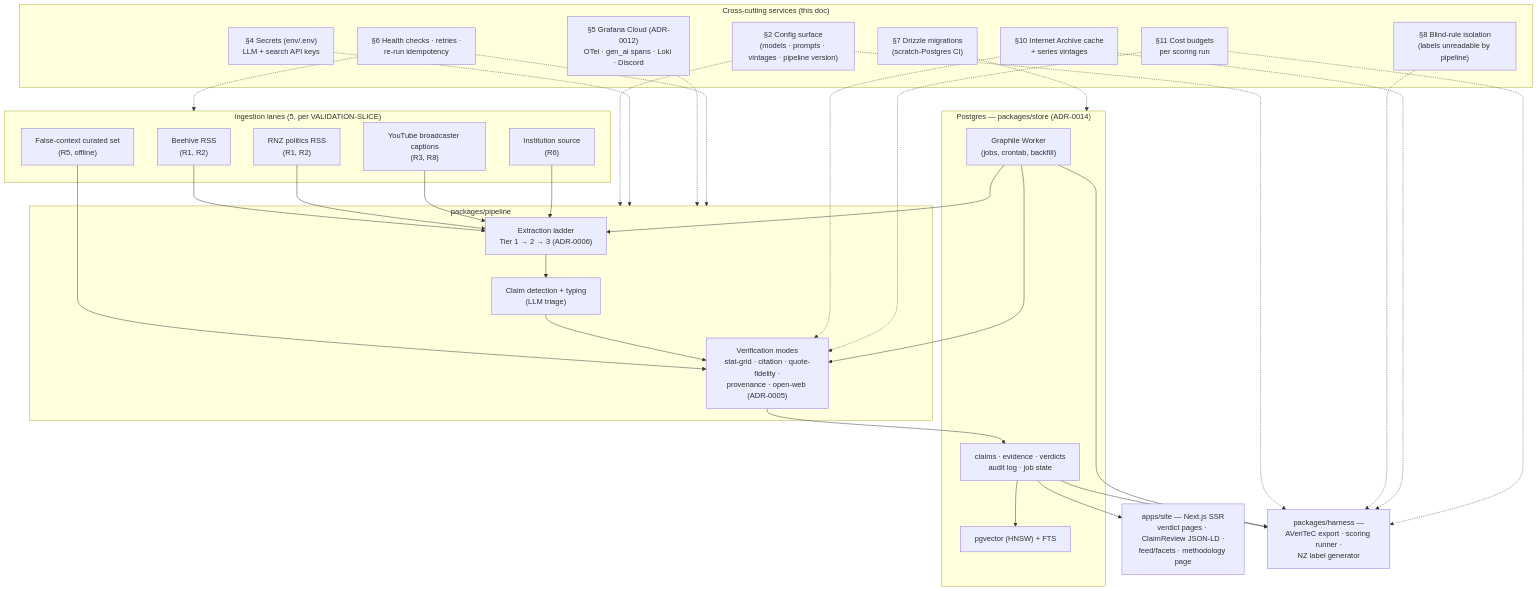
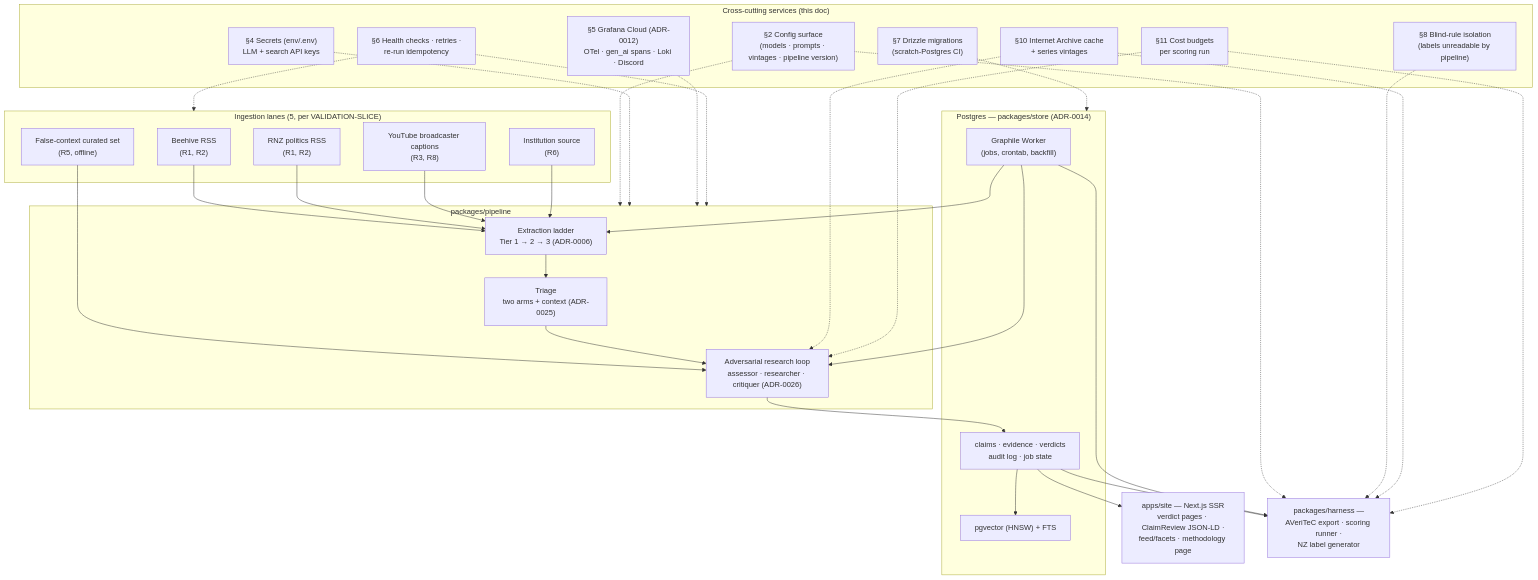
One commit to bradleyscott/claimwatch-nz changed the diagram in docs/design/CROSS-CUTTING.md. Above: the diagram before and after it, drawn with Mermaid. The commit also changed other lines of this file and 131 other files, not shown here.

First line of the commit message:
feat(store)!: push-based schema, two triage arms, and an adversarial research loop (ADR-0025, ADR-0026)

````diff
--- a/docs/design/CROSS-CUTTING.md
+++ b/docs/design/CROSS-CUTTING.md
@@ -9,63 +9,63 @@
 ```mermaid
 flowchart TB
     subgraph LANES["Ingestion lanes (5, per VALIDATION-SLICE)"]
         BEEHIVE["Beehive RSS<br/>(R1, R2)"]
         RNZ["RNZ politics RSS<br/>(R1, R2)"]
         YT["YouTube broadcaster captions<br/>(R3, R8)"]
         INST["Institution source<br/>(R6)"]
         FC["False-context curated set<br/>(R5, offline)"]
     end
 
     subgraph PIPE["packages/pipeline"]
         LADDER["Extraction ladder<br/>Tier 1 → 2 → 3 (ADR-0006)"]
-        TRIAGE["Claim detection + typing<br/>(LLM triage)"]
-        MODES["Verification modes<br/>stat-grid · citation · quote-fidelity ·<br/>provenance · open-web (ADR-0005)"]
+        TRIAGE["Triage<br/>two arms + context (ADR-0025)"]
+        MODES["Adversarial research loop<br/>assessor · researcher · critiquer (ADR-0026)"]
     end
 
     subgraph STORE["Postgres — packages/store (ADR-0014)"]
         CLAIMS["claims · evidence · verdicts<br/>audit log · job state"]
         IDX["pgvector (HNSW) + FTS"]
         CRON["Graphile Worker<br/>(jobs, crontab, backfill)"]
     end
 
     SITE["apps/site — Next.js SSR<br/>verdict pages · ClaimReview JSON-LD ·<br/>feed/facets · methodology page"]
     HARNESS["packages/harness —<br/>AVeriTeC export · scoring runner ·<br/>NZ label generator"]
 
     subgraph XCROSS["Cross-cutting services (this doc)"]
         CONFIG["§2 Config surface<br/>(models · prompts · vintages · pipeline version)"]
         SECRETS["§4 Secrets (env/.env)<br/>LLM + search API keys"]
         GRAF["§5 Grafana Cloud (ADR-0012)<br/>OTel · gen_ai spans · Loki · Discord"]
         ERRH["§6 Health checks · retries ·<br/>re-run idempotency"]
         MIGR["§7 Drizzle migrations<br/>(scratch-Postgres CI)"]
         BLIND["§8 Blind-rule isolation<br/>(labels unreadable by pipeline)"]
         ARCHIVE["§10 Internet Archive cache<br/>+ series vintages"]
         BUDGET["§11 Cost budgets<br/>per scoring run"]
     end
 
     BEEHIVE --> LADDER
     RNZ --> LADDER
     YT --> LADDER
     INST --> LADDER
     FC --> MODES
     LADDER --> TRIAGE --> MODES
     MODES --> CLAIMS
     CLAIMS --> IDX
     CLAIMS --> SITE
     CLAIMS --> HARNESS
     CRON --> LADDER
     CRON --> MODES
     CRON --> HARNESS
 
     CONFIG -.-> PIPE
     CONFIG -.-> HARNESS
     SECRETS -.-> PIPE
     GRAF -.-> PIPE
     ERRH -.-> LANES
     ERRH -.-> PIPE
     MIGR -.-> STORE
     BLIND -.-> HARNESS
     ARCHIVE -.-> MODES
     ARCHIVE -.-> HARNESS
     BUDGET -.-> HARNESS
     BUDGET -.-> MODES
 ```
````
